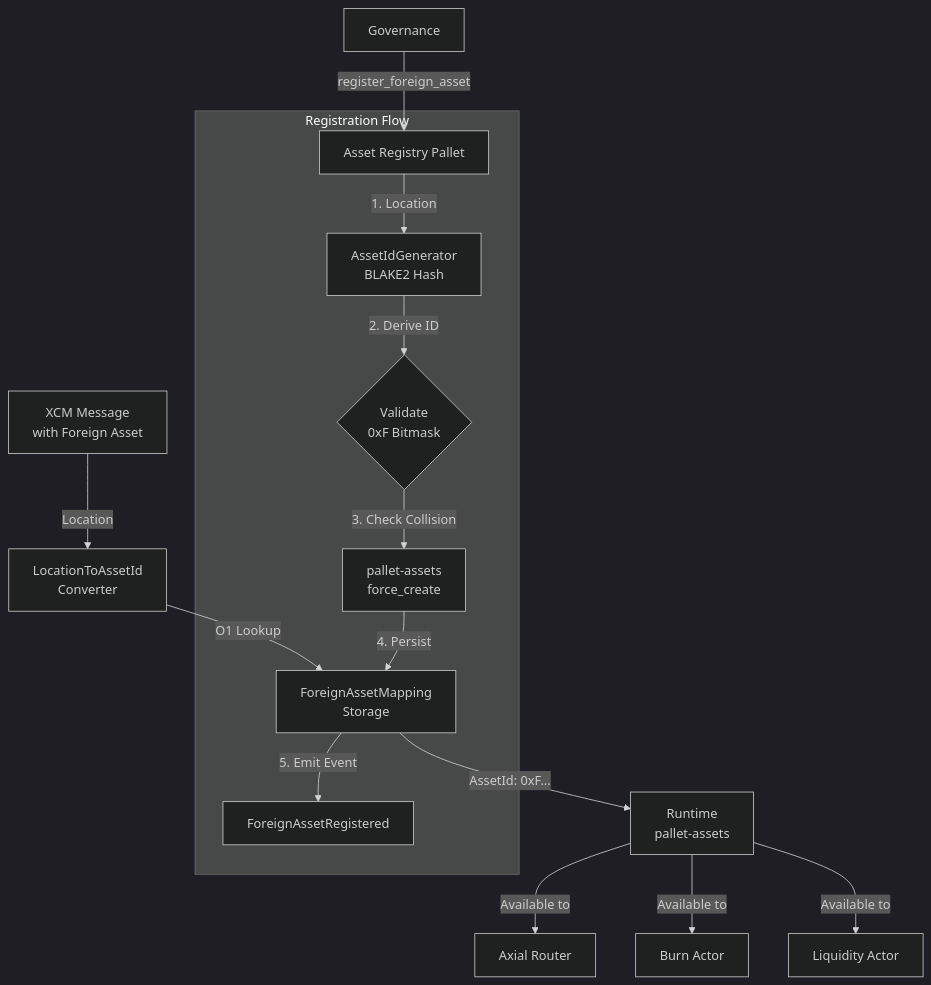
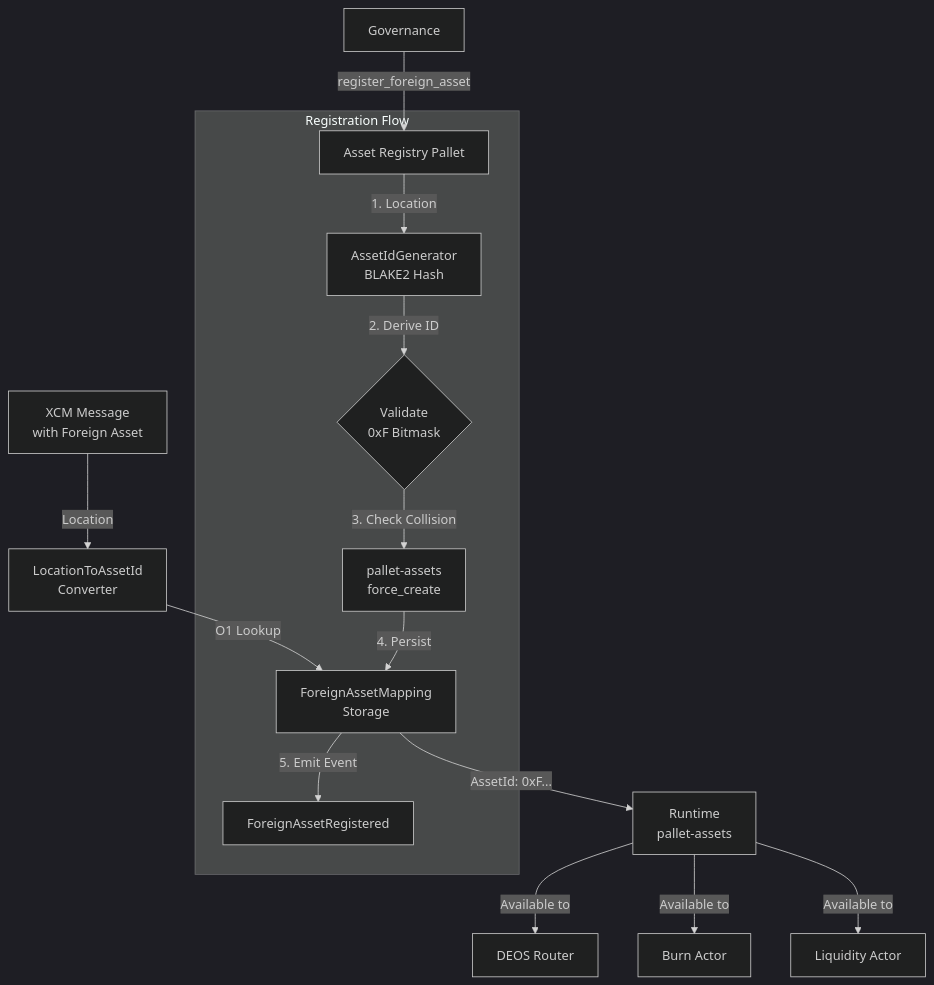
One commit to atmo-network/deos changed the diagram in template/pallets/asset-registry/docs/architecture.en.md. Above: the diagram before and after it, drawn with Mermaid (dark theme). The commit also changed other lines of this file and 172 other files, not shown here.

````diff
--- a/template/pallets/asset-registry/docs/architecture.en.md
+++ b/template/pallets/asset-registry/docs/architecture.en.md
@@ -42,21 +42,21 @@
 ```mermaid
 graph TD
     XCM[XCM Message<br/>with Foreign Asset] -->|Location| Converter[LocationToAssetId<br/>Converter]
 
     Converter -->|O1 Lookup| Storage[ForeignAssetMapping<br/>Storage]
     Storage -->|AssetId: 0xF...| Runtime[Runtime<br/>pallet-assets]
 
     Gov[Governance] -->|register_foreign_asset| Registry[Asset Registry Pallet]
 
     subgraph "Registration Flow"
         Registry -->|1. Location| Generator[AssetIdGenerator<br/>BLAKE2 Hash]
         Generator -->|2. Derive ID| Validator{Validate<br/>0xF Bitmask}
         Validator -->|3. Check Collision| PAssets[pallet-assets<br/>force_create]
         PAssets -->|4. Persist| Storage
         Storage -->|5. Emit Event| Event[ForeignAssetRegistered]
     end
 
-    Runtime -->|Available to| Router[Axial Router]
+    Runtime -->|Available to| Router[DEOS Router]
     Runtime -->|Available to| BurnActor[Burn Actor]
     Runtime -->|Available to| LiquidityActor[Liquidity Actor]
 ```
````
